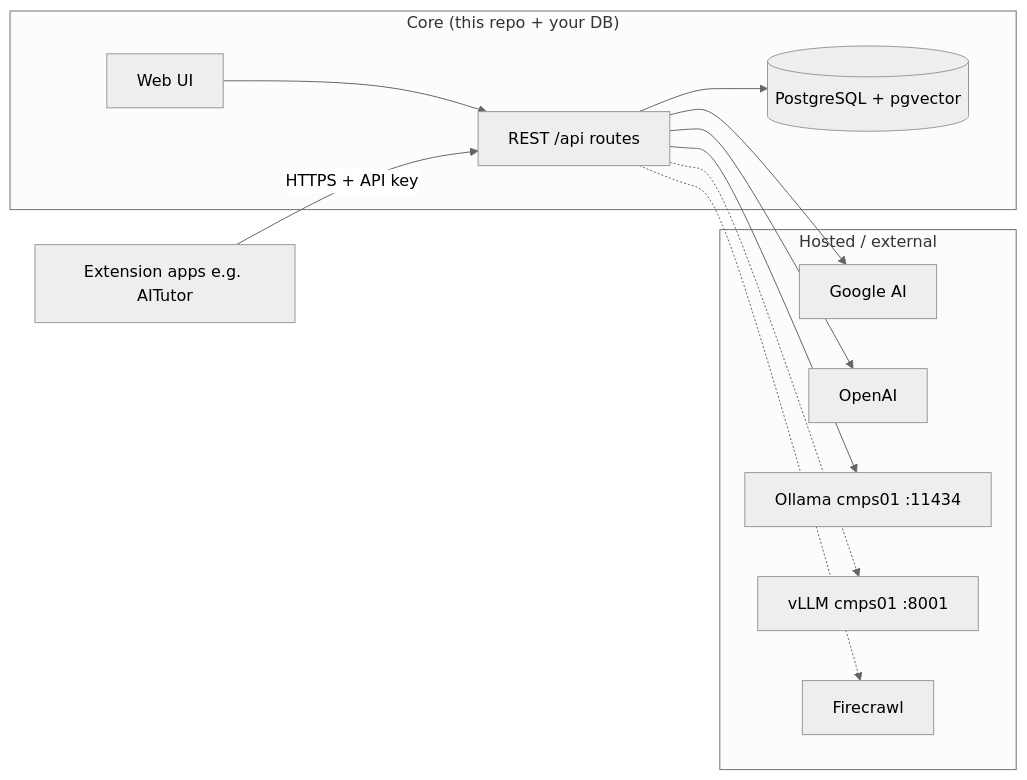
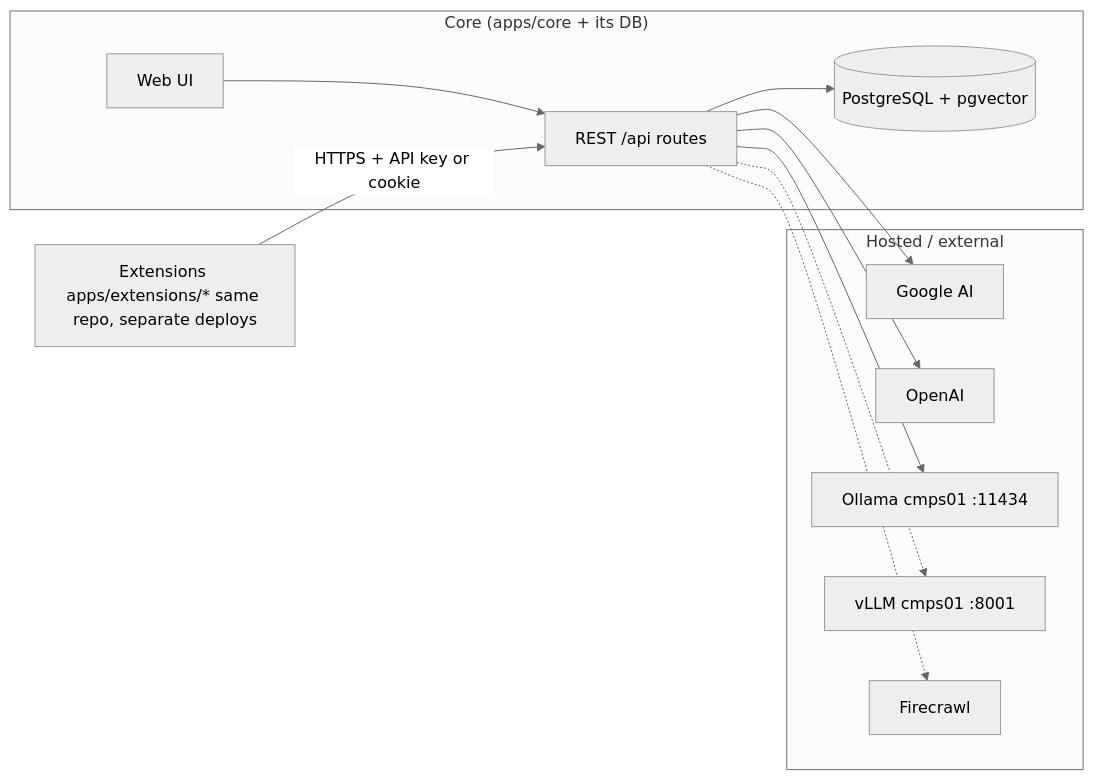
One commit to EduAI-Lab/EduAI changed the first of 7 diagrams in docs/ARCHITECTURE.md. Above: the diagram before and after it, drawn with Mermaid (neutral theme). The commit also changed other lines of this file, not shown here.

````diff
--- a/docs/ARCHITECTURE.md
+++ b/docs/ARCHITECTURE.md
@@ -37,23 +40,23 @@
 ```mermaid
 flowchart LR
-  subgraph Core["Core (this repo + your DB)"]
+  subgraph Core["Core (apps/core + its DB)"]
     UI[Web UI]
     API[REST /api routes]
     DB[(PostgreSQL + pgvector)]
     UI --> API
     API --> DB
   end
   subgraph Hosted["Hosted / external"]
     G[Google AI]
     O[OpenAI]
     L[Ollama cmps01 :11434]
     V[vLLM cmps01 :8001]
     F[Firecrawl]
   end
   API --> G
   API --> O
   API --> L
   API -.-> V
   API -.-> F
-  Ext[Extension apps e.g. AITutor] -->|HTTPS + API key| API
+  Ext[Extensions apps/extensions/* same repo, separate deploys] -->|HTTPS + API key or cookie| API
 ```
````
